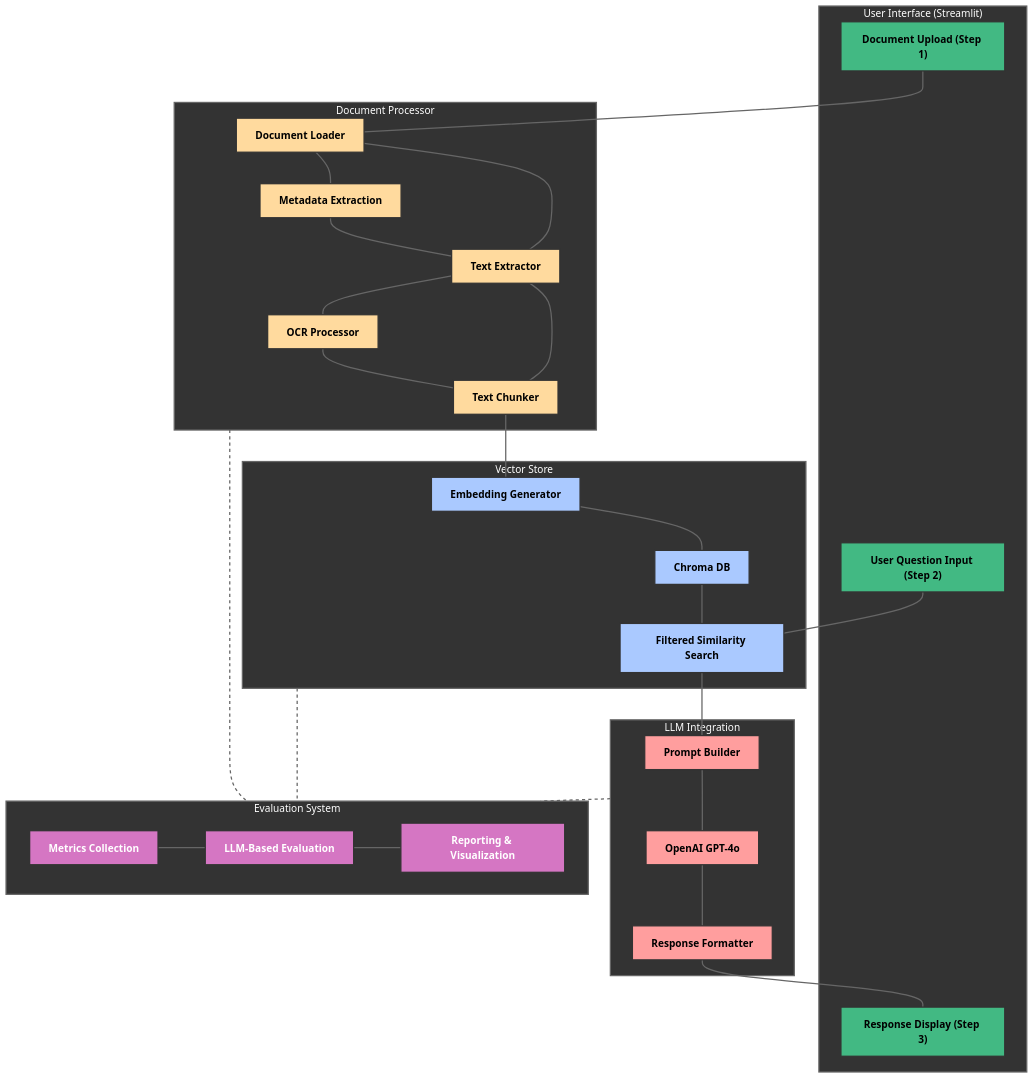
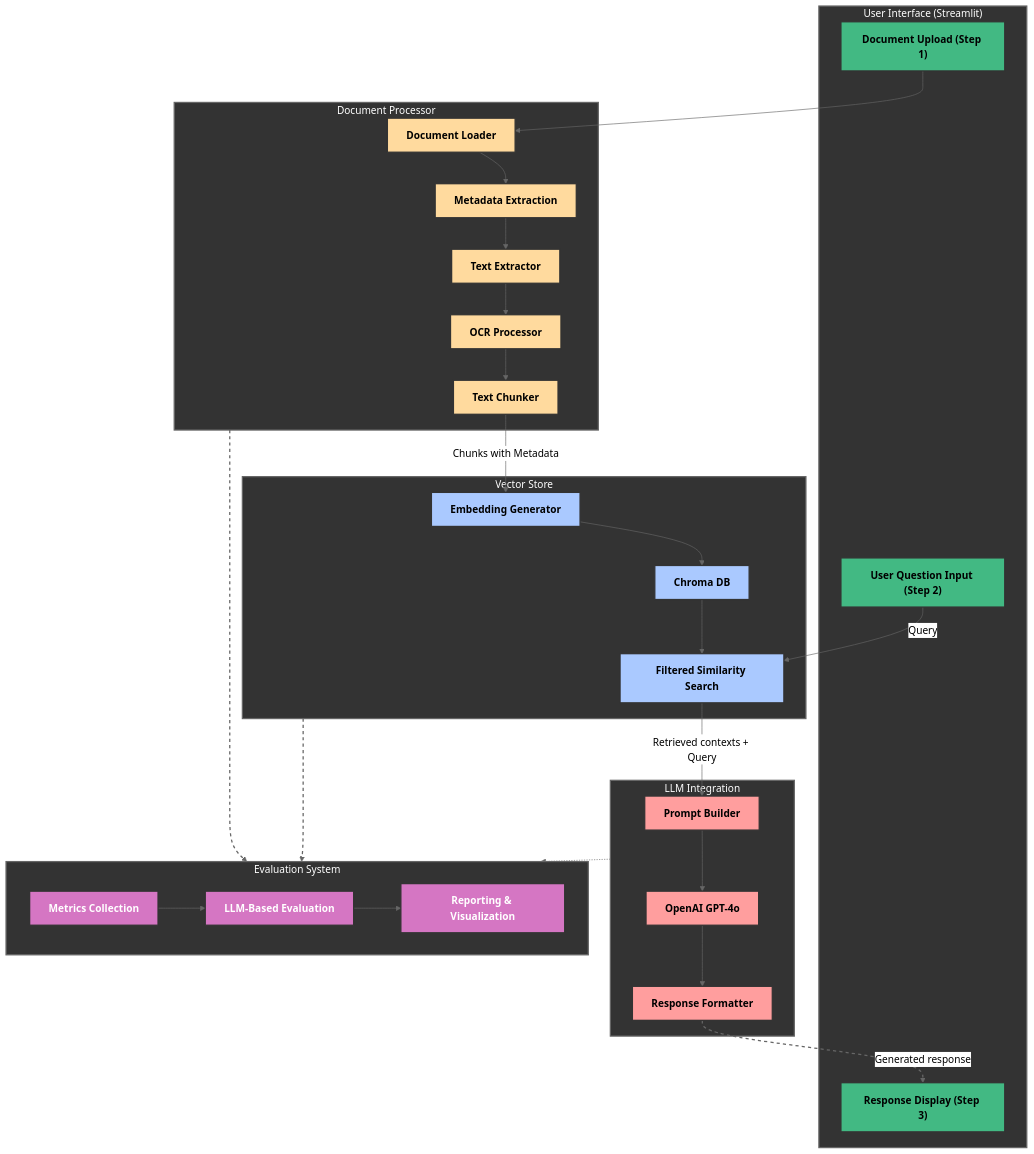
One commit to mdwaquarahmad/fortune500-rag changed the diagram in README.md. Above: the diagram before and after it, drawn with Mermaid (neutral theme).

Commit message:
Documentation

````diff
--- a/README.md
+++ b/README.md
@@ -36,6 +36,6 @@
 ```mermaid
 flowchart TD
-    %% User Interface Component
+    %% UI Components with specific positioning
     subgraph UI["User Interface (Streamlit)"]
         style UI fill:#333333,stroke:#666666,stroke-width:2px,color:white
         A1["Document Upload (Step 1)"]
@@ -43,17 +43,17 @@
         A3["Response Display (Step 3)"]
     end
     
-    %% Document Processor Component
+    %% Document Processor Components
     subgraph DP["Document Processor"]
         style DP fill:#333333,stroke:#666666,stroke-width:2px,color:white
         B1["Document Loader"]
+        B5["Metadata Extraction"]
         B2["Text Extractor"]
         B3["OCR Processor"]
         B4["Text Chunker"]
-        B5["Metadata Extraction"]
     end
     
-    %% Vector Store Component
+    %% Vector Store Components
     subgraph VS["Vector Store"]
         style VS fill:#333333,stroke:#666666,stroke-width:2px,color:white
         C1["Embedding Generator"]
@@ -61,7 +61,7 @@
         C3["Filtered Similarity Search"]
     end
     
-    %% LLM Integration Component
+    %% LLM Integration Components
     subgraph LLM["LLM Integration"]
         style LLM fill:#333333,stroke:#666666,stroke-width:2px,color:white
         D1["Prompt Builder"]
@@ -69,7 +69,7 @@
         D3["Response Formatter"]
     end
     
-    %% Evaluation System Component
+    %% Evaluation System Components
     subgraph EVAL["Evaluation System"]
         style EVAL fill:#333333,stroke:#666666,stroke-width:2px,color:white
         E1["Metrics Collection"]
@@ -77,64 +77,54 @@
         E3["Reporting & Visualization"]
     end
     
-    %% Define connections with orthogonal routing (90-degree angles)
-    A1 --- B1
-    B1 --- B5
-    B5 --- B2
-    B1 --- B2
-    B2 --- B3
-    B3 --- B4
-    B2 --- B4
-    B4 --- C1
-    C1 --- C2
-    C2 --- C3
-    A2 --- C3
-    C3 --- D1
-    D1 --- D2
-    D2 --- D3
-    D3 --- A3
-    E1 --- E2
-    E2 --- E3
+    %% Main connections - Document Processing
+    A1 --> B1
+    B1 --> B5
+    B5 --> B2
+    B2 --> B3
+    B3 --> B4
     
-    %% Evaluation connections (dotted)
-    DP -.- EVAL
-    VS -.- EVAL
-    LLM -.- EVAL
+    %% Vector Store connections
+    B4 --> |"Chunks with Metadata"| C1
+    C1 --> C2
+    C2 --> C3
     
-    %% Styling for specific components
+    %% User Question to Search
+    A2 --> |"Query"| C3
+    
+    %% Search to LLM
+    C3 --> |"Retrieved contexts + Query"| D1
+    
+    %% LLM connections
+    D1 --> D2
+    D2 --> D3
+    
+    %% Response to Display
+    D3 --> |"Generated response"| A3
+    
+    %% Evaluation connections - only these are dotted
+    DP -.-> EVAL
+    VS -.-> EVAL
+    LLM -.-> EVAL
+    
+    %% Evaluation internal connections
+    E1 --> E2
+    E2 --> E3
+    
+    %% Styling for components
     classDef uiComponents fill:#42b983,stroke:#333,stroke-width:2px,color:black,font-weight:bold
     classDef dpComponents fill:#ffda9e,stroke:#333,stroke-width:2px,color:black,font-weight:bold
     classDef vsComponents fill:#aac9ff,stroke:#333,stroke-width:2px,color:black,font-weight:bold
     classDef llmComponents fill:#ff9e9e,stroke:#333,stroke-width:2px,color:black,font-weight:bold
     classDef evalComponents fill:#d576c3,stroke:#333,stroke-width:2px,color:white,font-weight:bold
     
-    %% Apply styles to components
+    %% Apply styles
     class A1,A2,A3 uiComponents
     class B1,B2,B3,B4,B5 dpComponents
     class C1,C2,C3 vsComponents
     class D1,D2,D3 llmComponents
     class E1,E2,E3 evalComponents
     
-    %% Explicitly define link styling for every link
-    %% First 17 links are solid, last 3 are dotted
-    linkStyle 0 stroke:#666,stroke-width:2px
-    linkStyle 1 stroke:#666,stroke-width:2px
-    linkStyle 2 stroke:#666,stroke-width:2px
-    linkStyle 3 stroke:#666,stroke-width:2px
-    linkStyle 4 stroke:#666,stroke-width:2px
-    linkStyle 5 stroke:#666,stroke-width:2px
-    linkStyle 6 stroke:#666,stroke-width:2px
-    linkStyle 7 stroke:#666,stroke-width:2px
-    linkStyle 8 stroke:#666,stroke-width:2px
-    linkStyle 9 stroke:#666,stroke-width:2px
-    linkStyle 10 stroke:#666,stroke-width:2px
-    linkStyle 11 stroke:#666,stroke-width:2px
-    linkStyle 12 stroke:#666,stroke-width:2px
-    linkStyle 13 stroke:#666,stroke-width:2px
-    linkStyle 14 stroke:#666,stroke-width:2px
-    linkStyle 15 stroke:#666,stroke-width:2px
-    linkStyle 16 stroke:#666,stroke-width:2px
-    linkStyle 17 stroke:#666,stroke-width:2px,stroke-dasharray:5 5
-    linkStyle 18 stroke:#666,stroke-width:2px,stroke-dasharray:5 5
-    linkStyle 19 stroke:#666,stroke-width:2px,stroke-dasharray:5 5
+    %% Specify dashed lines for evaluation connections only
+    linkStyle 12,13,14 stroke:#666,stroke-width:2px,stroke-dasharray:5 5
 ```
````
